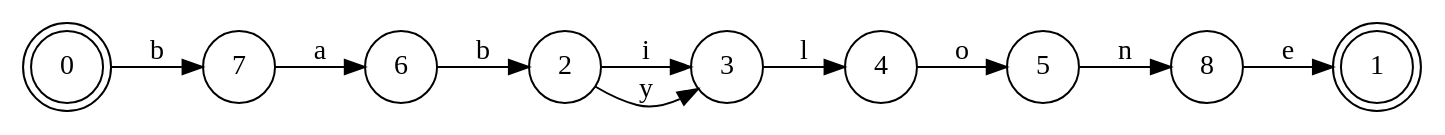
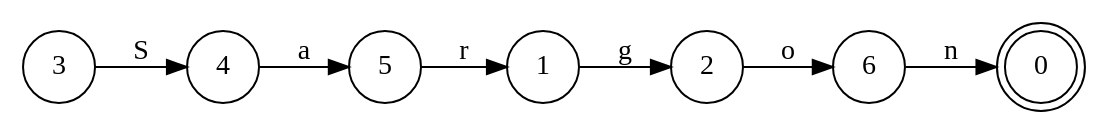
One commit to marouanosb/Gutenberg-text-search changed the diagram in outputs/min_dfa.dot. Above: the diagram before and after it, drawn with Graphviz. The commit also changed 1 other file, not shown here.

```diff
--- a/outputs/min_dfa.dot
+++ b/outputs/min_dfa.dot
@@ -1,22 +1,17 @@
 digraph DFA {
   rankdir=LR;
   node [shape=circle];
   0 [shape=doublecircle];
-  0 -> 7 [label="b"];
-  1 [shape=doublecircle];
+  1 [shape=circle];
+  1 -> 2 [label="g"];
   2 [shape=circle];
-  2 -> 3 [label="i"];
-  2 -> 3 [label="y"];
+  2 -> 6 [label="o"];
   3 [shape=circle];
-  3 -> 4 [label="l"];
+  3 -> 4 [label="S"];
   4 [shape=circle];
-  4 -> 5 [label="o"];
+  4 -> 5 [label="a"];
   5 [shape=circle];
-  5 -> 8 [label="n"];
+  5 -> 1 [label="r"];
   6 [shape=circle];
-  6 -> 2 [label="b"];
-  7 [shape=circle];
-  7 -> 6 [label="a"];
-  8 [shape=circle];
-  8 -> 1 [label="e"];
+  6 -> 0 [label="n"];
 }
```
